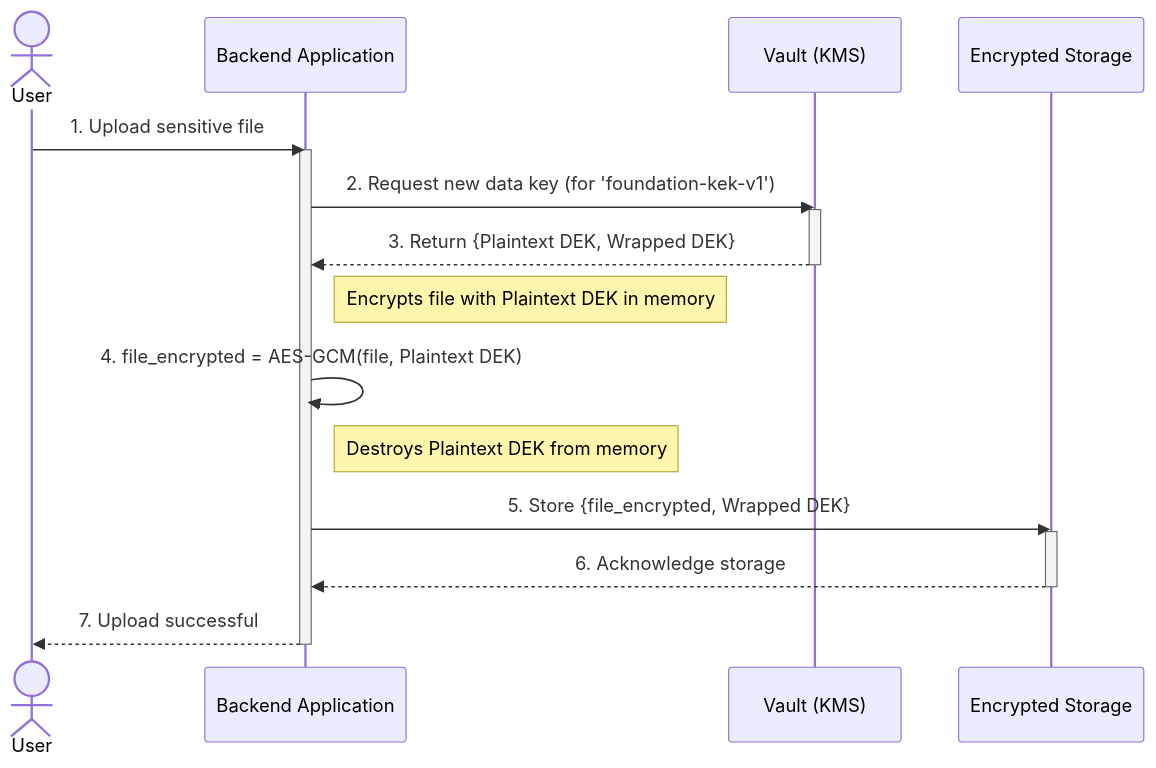
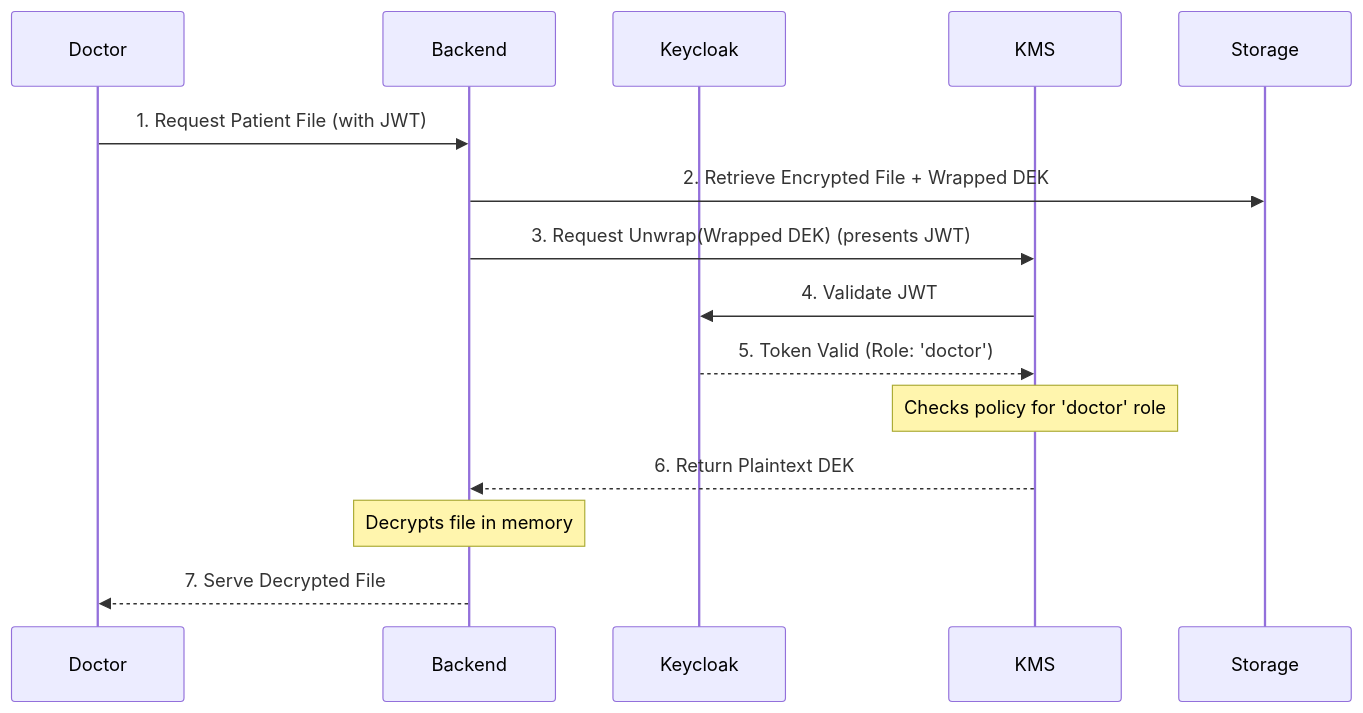
The ninth of 22 diagrams in README.md (rachidd31/search_over_encrypted), drawn with Mermaid before and after one commit. The commit also changed other lines of this file, not shown here.

````diff
--- a/README.md
+++ b/README.md
@@ -504,23 +753,18 @@
 ```mermaid
 sequenceDiagram
-    actor User
-    participant App as Backend Application
-    participant KMS as Vault (KMS)
-    participant Storage as Encrypted Storage
+    participant User as Doctor
+    participant App as Backend
+    participant Keycloak
+    participant Vault as KMS
+    participant Storage
 
-    User->>App: 1. Upload sensitive file
-    activate App
-    App->>KMS: 2. Request new data key (for 'foundation-kek-v1')
-    activate KMS
-    KMS-->>App: 3. Return {Plaintext DEK, Wrapped DEK}
-    deactivate KMS
-    Note right of App: Encrypts file with Plaintext DEK in memory
-    App->>App: 4. file_encrypted = AES-GCM(file, Plaintext DEK)
-    Note right of App: Destroys Plaintext DEK from memory
-    App->>Storage: 5. Store {file_encrypted, Wrapped DEK}
-    activate Storage
-    Storage-->>App: 6. Acknowledge storage
-    deactivate Storage
-    App-->>User: 7. Upload successful
-    deactivate App
+    User->>App: 1. Request Patient File (with JWT)
+    App->>Storage: 2. Retrieve Encrypted File + Wrapped DEK
+    App->>Vault: 3. Request Unwrap(Wrapped DEK) (presents JWT)
+    Vault->>Keycloak: 4. Validate JWT
+    Keycloak-->>Vault: 5. Token Valid (Role: 'doctor')
+    Note over Vault: Checks policy for 'doctor' role
+    Vault-->>App: 6. Return Plaintext DEK
+    Note over App: Decrypts file in memory
+    App-->>User: 7. Serve Decrypted File
 ```
````
